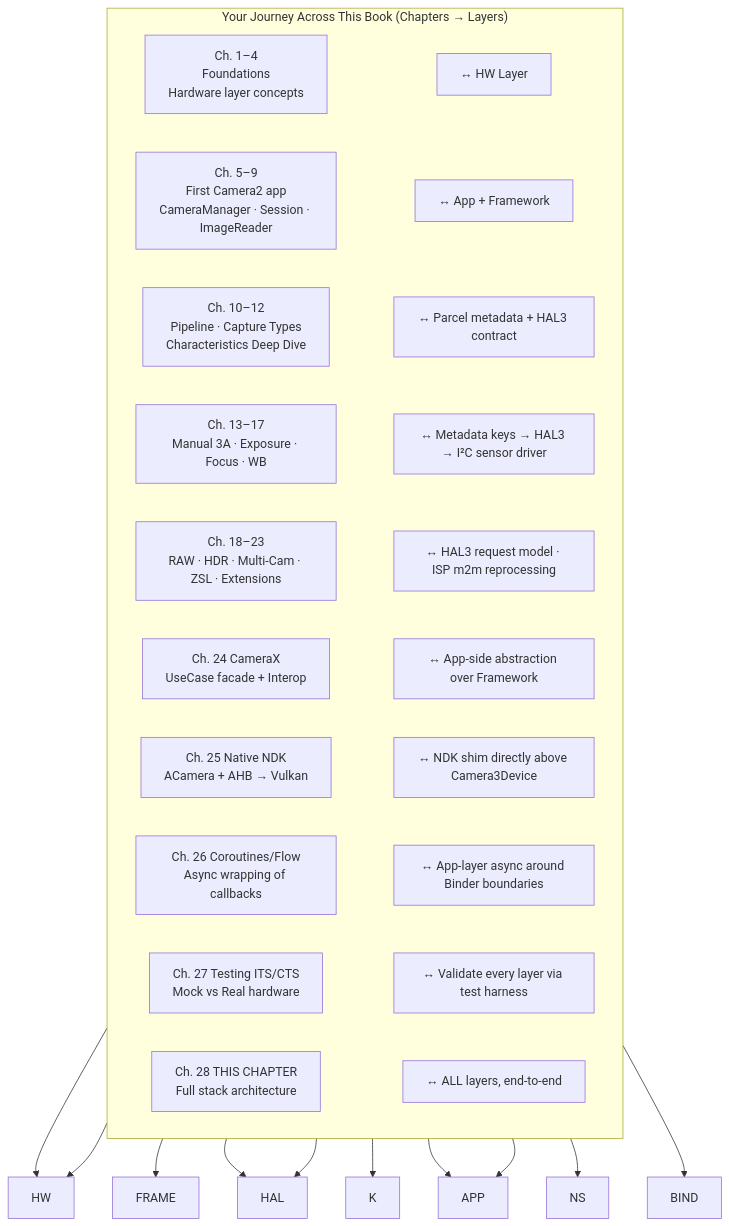
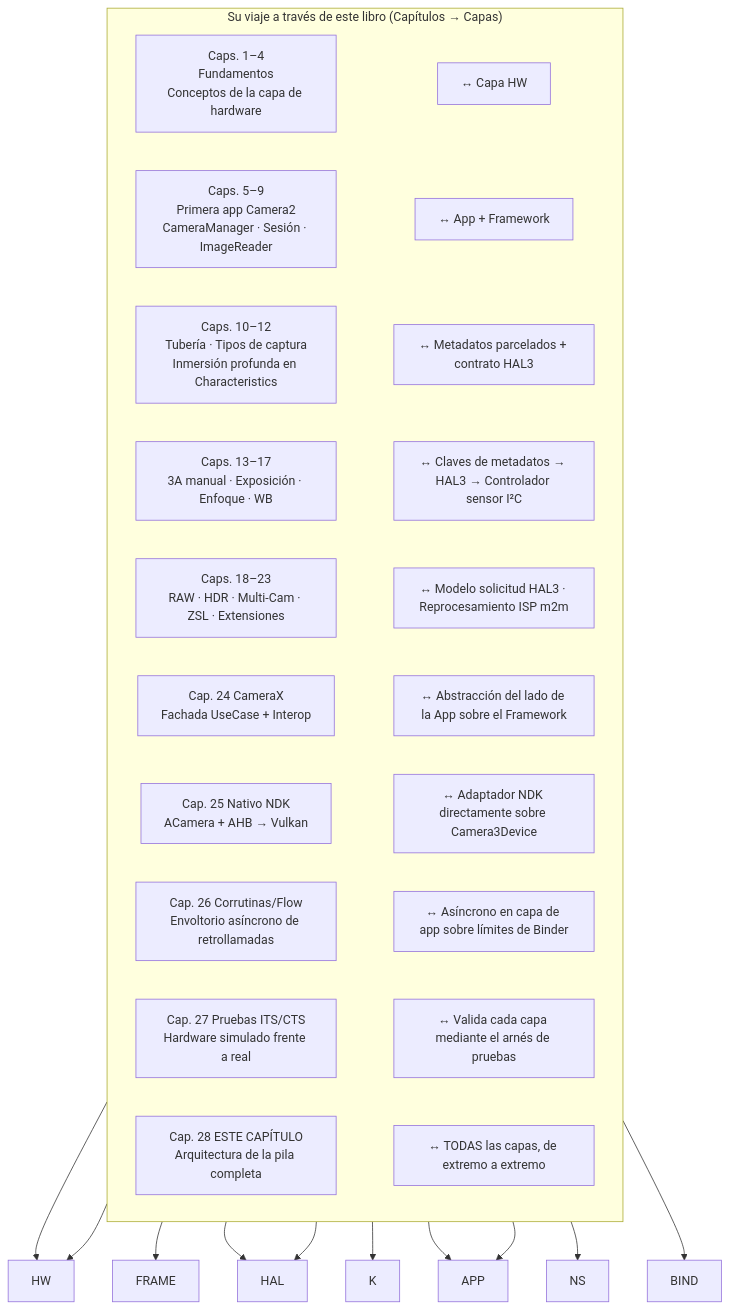
The fourth of 4 diagrams in website/i18n/es/docusaurus-plugin-content-docs/current/camera2/camera2-architecture.md (zoozooll/AndroidCameraParameters), drawn with Mermaid before and after one commit. The commit also changed other lines of this file and 378 other files, not shown here.

Commit message:
Update Android Camera Parameters repository links across localized Camera2 documentation

````diff
--- a/website/i18n/es/docusaurus-plugin-content-docs/current/camera2/camera2-architecture.md
+++ b/website/i18n/es/docusaurus-plugin-content-docs/current/camera2/camera2-architecture.md
@@ -276,26 +276,26 @@
 ```mermaid
 flowchart TB
-    subgraph Journey["Your Journey Across This Book (Chapters → Layers)"]
+    subgraph Journey["Su viaje a través de este libro (Capítulos → Capas)"]
         direction LR
-        C1["Ch. 1–4<br/>Foundations<br/>Hardware layer concepts"] ~~~ H_L1["↔ HW Layer"]
-        C2["Ch. 5–9<br/>First Camera2 app<br/>CameraManager · Session · ImageReader"] ~~~ H_L2["↔ App + Framework"]
-        C3["Ch. 10–12<br/>Pipeline · Capture Types<br/>Characteristics Deep Dive"] ~~~ H_L3["↔ Parcel metadata + HAL3 contract"]
-        C4["Ch. 13–17<br/>Manual 3A · Exposure · Focus · WB"] ~~~ H_L4["↔ Metadata keys → HAL3 → I²C sensor driver"]
-        C5["Ch. 18–23<br/>RAW · HDR · Multi-Cam · ZSL · Extensions"] ~~~ H_L5["↔ HAL3 request model · ISP m2m reprocessing"]
-        C6["Ch. 24 CameraX<br/>UseCase facade + Interop"] ~~~ H_L6["↔ App-side abstraction over Framework"]
-        C7["Ch. 25 Native NDK<br/>ACamera + AHB → Vulkan"] ~~~ H_L7["↔ NDK shim directly above Camera3Device"]
-        C8["Ch. 26 Coroutines/Flow<br/>Async wrapping of callbacks"] ~~~ H_L8["↔ App-layer async around Binder boundaries"]
-        C9["Ch. 27 Testing ITS/CTS<br/>Mock vs Real hardware"] ~~~ H_L9["↔ Validate every layer via test harness"]
-        C10["Ch. 28 THIS CHAPTER<br/>Full stack architecture"] ~~~ H_L10["↔ ALL layers, end-to-end"]
+        C1["Caps. 1–4<br/>Fundamentos<br/>Conceptos de la capa de hardware"] ~~~ H_L1["↔ Capa HW"]
+        C2["Caps. 5–9<br/>Primera app Camera2<br/>CameraManager · Sesión · ImageReader"] ~~~ H_L2["↔ App + Framework"]
+        C3["Caps. 10–12<br/>Tubería · Tipos de captura<br/>Inmersión profunda en Characteristics"] ~~~ H_L3["↔ Metadatos parcelados + contrato HAL3"]
+        C4["Caps. 13–17<br/>3A manual · Exposición · Enfoque · WB"] ~~~ H_L4["↔ Claves de metadatos → HAL3 → Controlador sensor I²C"]
+        C5["Caps. 18–23<br/>RAW · HDR · Multi-Cam · ZSL · Extensiones"] ~~~ H_L5["↔ Modelo solicitud HAL3 · Reprocesamiento ISP m2m"]
+        C6["Cap. 24 CameraX<br/>Fachada UseCase + Interop"] ~~~ H_L6["↔ Abstracción del lado de la App sobre el Framework"]
+        C7["Cap. 25 Nativo NDK<br/>ACamera + AHB → Vulkan"] ~~~ H_L7["↔ Adaptador NDK directamente sobre Camera3Device"]
+        C8["Cap. 26 Corrutinas/Flow<br/>Envoltorio asíncrono de retrollamadas"] ~~~ H_L8["↔ Asíncrono en capa de app sobre límites de Binder"]
+        C9["Cap. 27 Pruebas ITS/CTS<br/>Hardware simulado frente a real"] ~~~ H_L9["↔ Valida cada capa mediante el arnés de pruebas"]
+        C10["Cap. 28 ESTE CAPÍTULO<br/>Arquitectura de la pila completa"] ~~~ H_L10["↔ TODAS las capas, de extremo a extremo"]
     end
     H_L1 --> HW
     H_L2 --> FRAME
     H_L3 --> HAL
     H_L4 --> K
     H_L5 --> HAL
     H_L6 --> APP
     H_L7 --> NS
     H_L8 --> APP
     H_L9 --> BIND
     H_L10 --> HW
 ```
````
